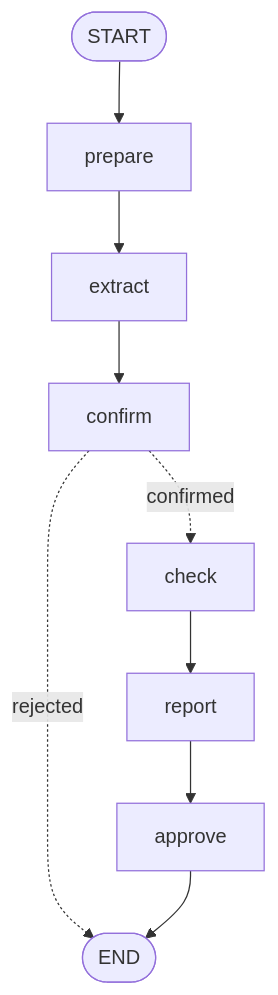
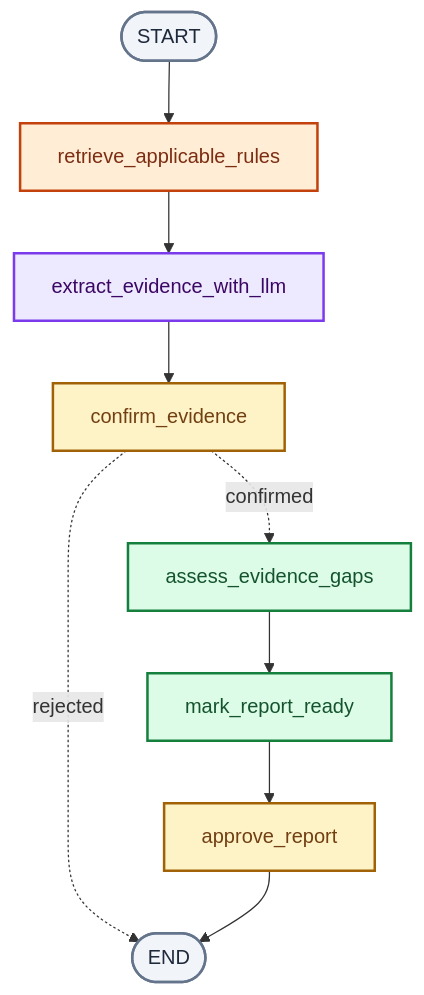
The fifth of 9 diagrams in flowdiagrams.md (girisheduru/archgovasst), drawn with Mermaid before and after one commit. The commit also changed other lines of this file and 18 other files, not shown here.

Commit message:
Nodes and architecture changed along with banners and comments

````diff
--- a/flowdiagrams.md
+++ b/flowdiagrams.md
@@ -71,11 +144,22 @@
 ```mermaid
 flowchart TD
-    start(["START"]) --> prepare["prepare"]
-    prepare --> extract["extract"]
-    extract --> confirm["confirm"]
-    confirm -.->|"confirmed"| check["check"]
+    start(["START"]) --> prepare["retrieve_applicable_rules"]
+    prepare --> extract["extract_evidence_with_llm"]
+    extract --> confirm["confirm_evidence"]
+    confirm -.->|"confirmed"| check["assess_evidence_gaps"]
     confirm -.->|"rejected"| finish(["END"])
-    check --> report["report"]
-    report --> approve["approve"]
+    check --> report["mark_report_ready"]
+    report --> approve["approve_report"]
     approve --> finish
+
+    classDef optional fill:#f1f5f9,stroke:#64748b,color:#1e293b,stroke-width:2px;
+    class start,finish optional;
+    classDef store fill:#ffedd5,stroke:#c2410c,color:#7c2d12,stroke-width:2px;
+    class prepare store;
+    classDef llm fill:#ede9fe,stroke:#7c3aed,color:#3b0764,stroke-width:2px;
+    class extract llm;
+    classDef decision fill:#fef3c7,stroke:#a16207,color:#713f12,stroke-width:2px;
+    class confirm,approve decision;
+    classDef process fill:#dcfce7,stroke:#15803d,color:#14532d,stroke-width:2px;
+    class check,report process;
 ```
````
